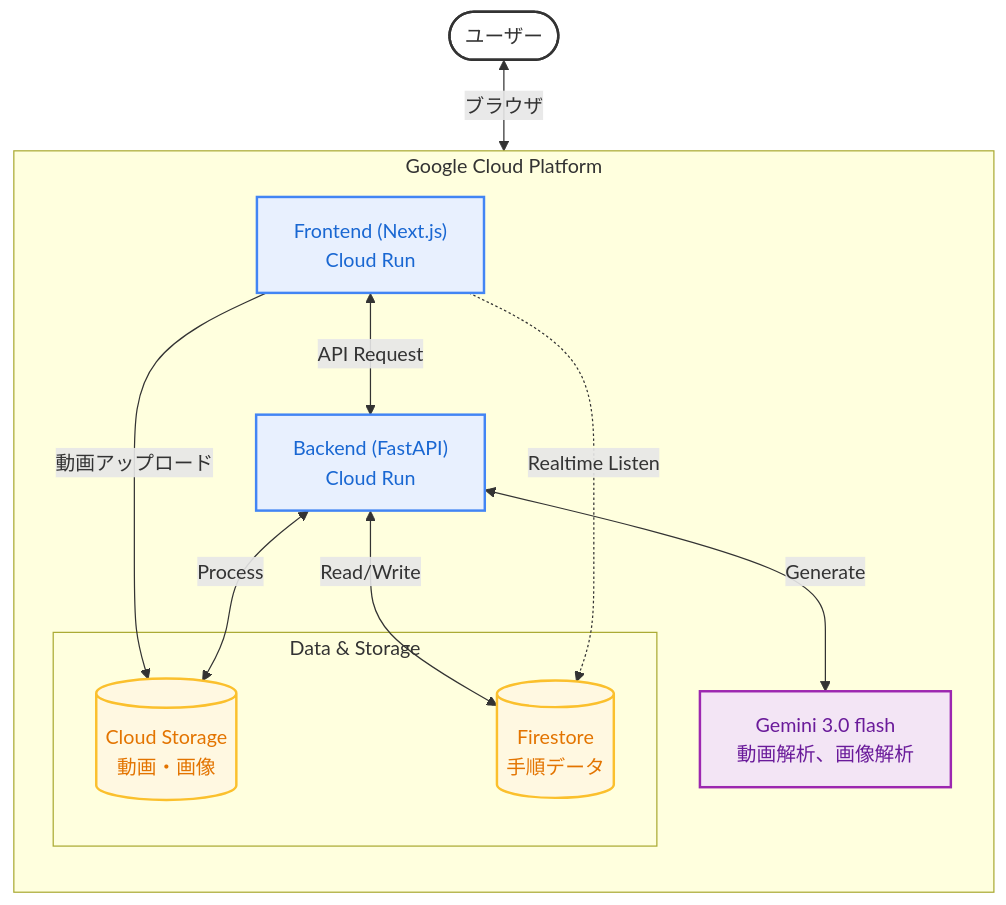
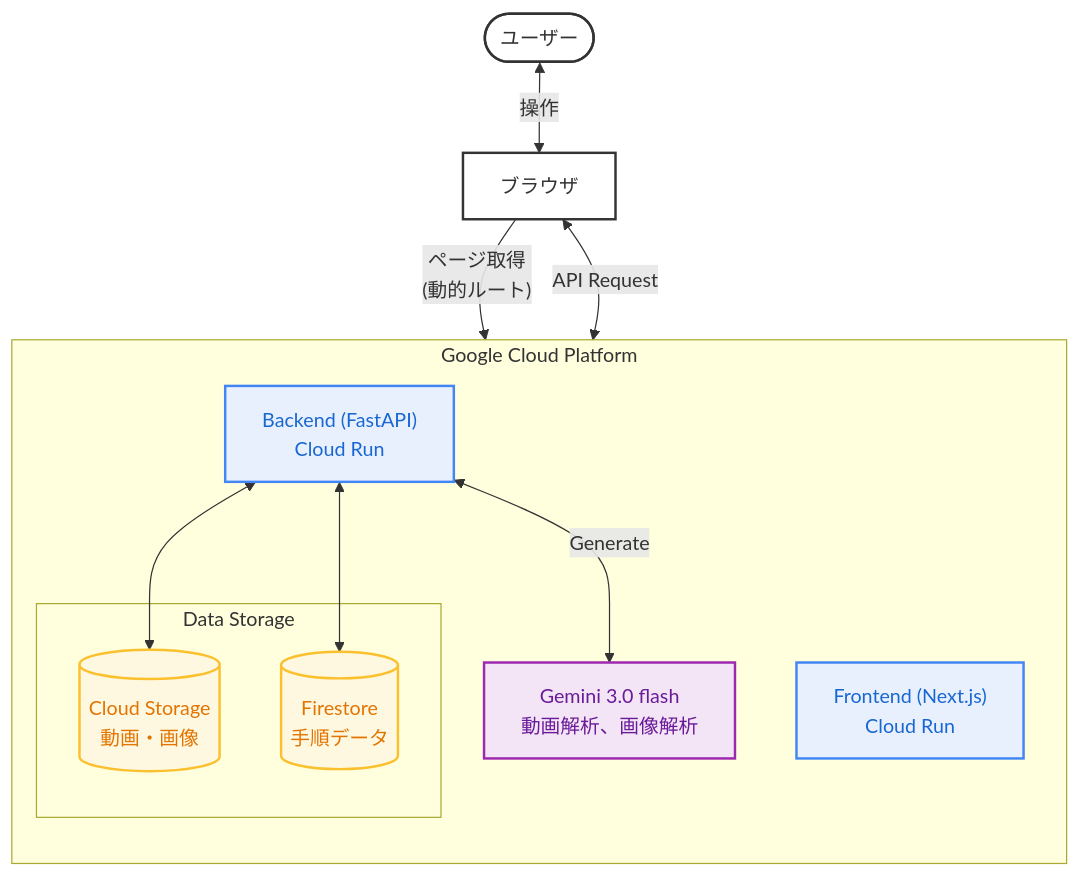
The first of 2 diagrams in docs/設計書.md (Koichi73/zenn-hackathon-vol4), drawn with Mermaid before and after one commit. The commit also changed other lines of this file and 2 other files, not shown here.

````diff
--- a/docs/設計書.md
+++ b/docs/設計書.md
@@ -71,38 +71,40 @@
 ```mermaid
 graph TD
     %% スタイル定義
     classDef user fill:#fff,stroke:#333,stroke-width:2px;
     classDef compute fill:#e8f0fe,stroke:#4285f4,stroke-width:2px,color:#1967d2;
     classDef storage fill:#fff8e1,stroke:#fbc02d,stroke-width:2px,color:#e37400;
     classDef ai fill:#f3e5f5,stroke:#9c27b0,stroke-width:2px,color:#6a1b9a;
 
     User([ユーザー])
+    Browser[ブラウザ]
 
     subgraph "Google Cloud Platform"
         direction TB
         
         FE["Frontend (Next.js)"<br/>Cloud Run]
         BE["Backend (FastAPI)"<br/>Cloud Run]
         
-        subgraph "Data & Storage"
+        subgraph "Data Storage"
             GCS[(Cloud Storage<br/>動画・画像)]
             DB[(Firestore<br/>手順データ)]
         end
         
         AI[Gemini 3.0 flash<br/>動画解析、画像解析]
     end
 
-    User <-->|ブラウザ| FE
-    FE <-->|API Request| BE
-    FE -- 動画アップロード --> GCS
-    BE <-->|Process| GCS
-    BE <-->|Read/Write| DB
-    FE -.->|Realtime Listen| DB
+    User <-->|操作| Browser
+    Browser -- "ページ取得<br/>(動的ルート)" --> FE
+    Browser <-->|API Request| BE
+    
+    BE <--> GCS
+    BE <--> DB
     BE <-->|Generate| AI
 
     %% クラス適用
     class User user;
     class FE,BE compute;
     class GCS,DB storage;
     class AI ai;
+    class Browser user;
 ```
````
